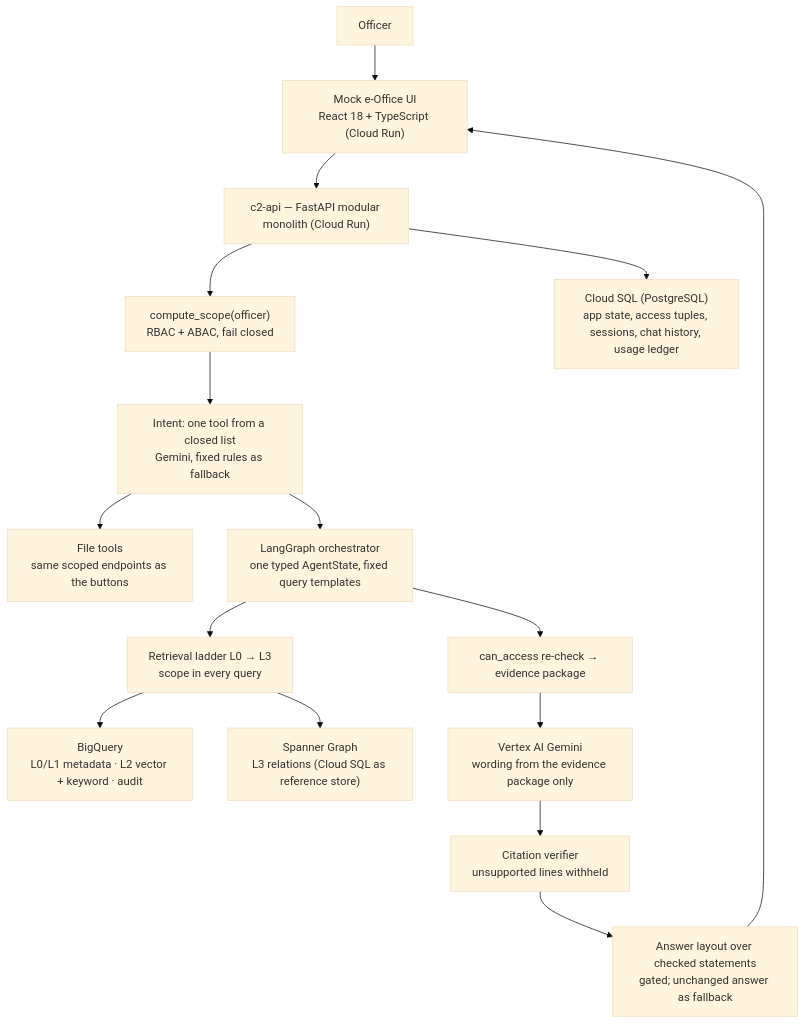
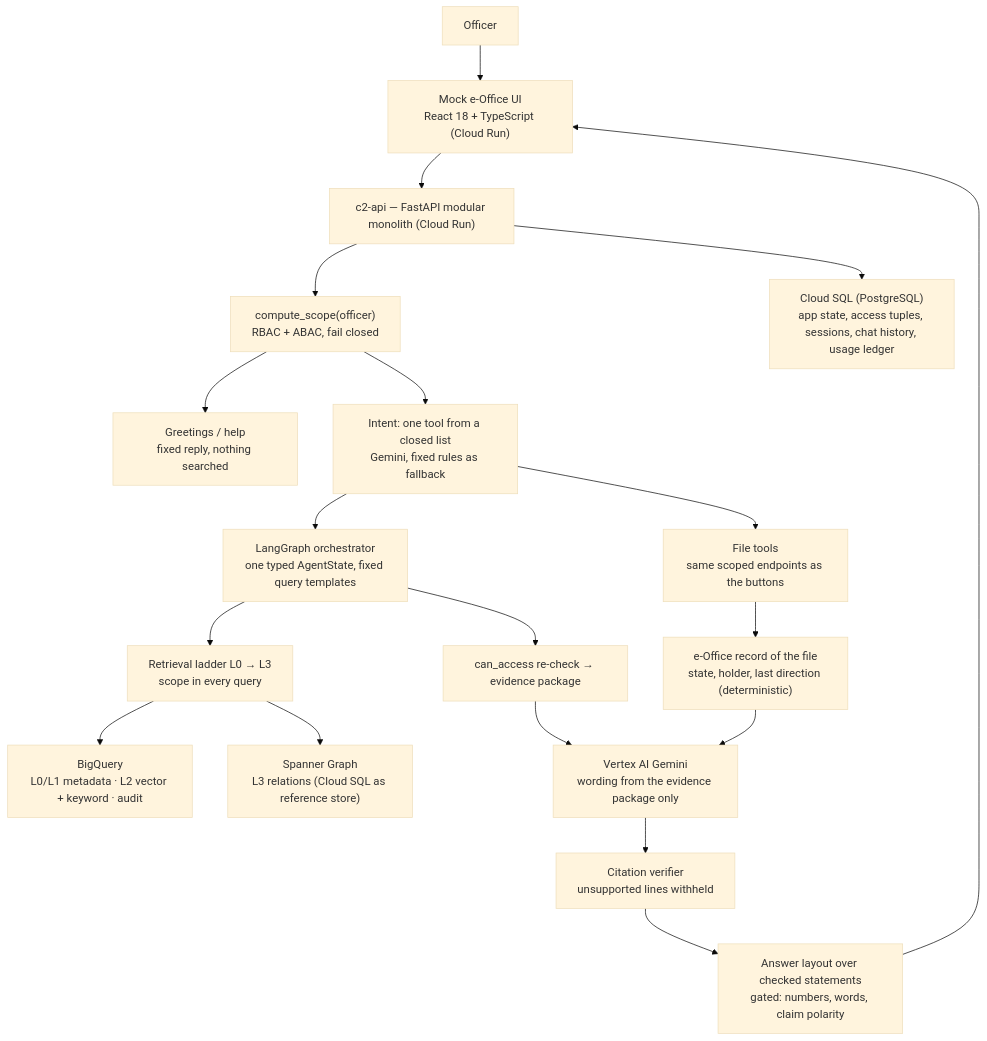
The first of 5 diagrams in README.md (VENKATCHINTHAKINDI01/Project_C2-24), drawn with Mermaid (base theme) before and after one commit. The commit also changed other lines of this file and 84 other files, not shown here.

````diff
--- a/README.md
+++ b/README.md
@@ -83,18 +93,21 @@
 ```mermaid
 flowchart TD
     Officer["Officer"] --> UI["Mock e-Office UI<br/>React 18 + TypeScript (Cloud Run)"]
     UI --> API["c2-api — FastAPI modular monolith (Cloud Run)"]
     API --> Scope["compute_scope(officer)<br/>RBAC + ABAC, fail closed"]
+    Scope --> Small["Greetings / help<br/>fixed reply, nothing searched"]
     Scope --> Intent["Intent: one tool from a closed list<br/>Gemini, fixed rules as fallback"]
     Intent --> Tools["File tools<br/>same scoped endpoints as the buttons"]
     Intent --> Orch["LangGraph orchestrator<br/>one typed AgentState, fixed query templates"]
     Orch --> Ladder["Retrieval ladder L0 → L3<br/>scope in every query"]
     Ladder --> BQ["BigQuery<br/>L0/L1 metadata · L2 vector + keyword · audit"]
     Ladder --> Graph["Spanner Graph<br/>L3 relations (Cloud SQL as reference store)"]
     Orch --> Recheck["can_access re-check → evidence package"]
     Recheck --> Gemini["Vertex AI Gemini<br/>wording from the evidence package only"]
     Gemini --> Verify["Citation verifier<br/>unsupported lines withheld"]
-    Verify --> Layout["Answer layout over checked statements<br/>gated; unchanged answer as fallback"]
+    Verify --> Layout["Answer layout over checked statements<br/>gated: numbers, words, claim polarity"]
+    Tools --> Record["e-Office record of the file<br/>state, holder, last direction (deterministic)"]
+    Record --> Gemini
     Layout --> UI
     API --> SQL["Cloud SQL (PostgreSQL)<br/>app state, access tuples, sessions, chat history, usage ledger"]
 ```
````
